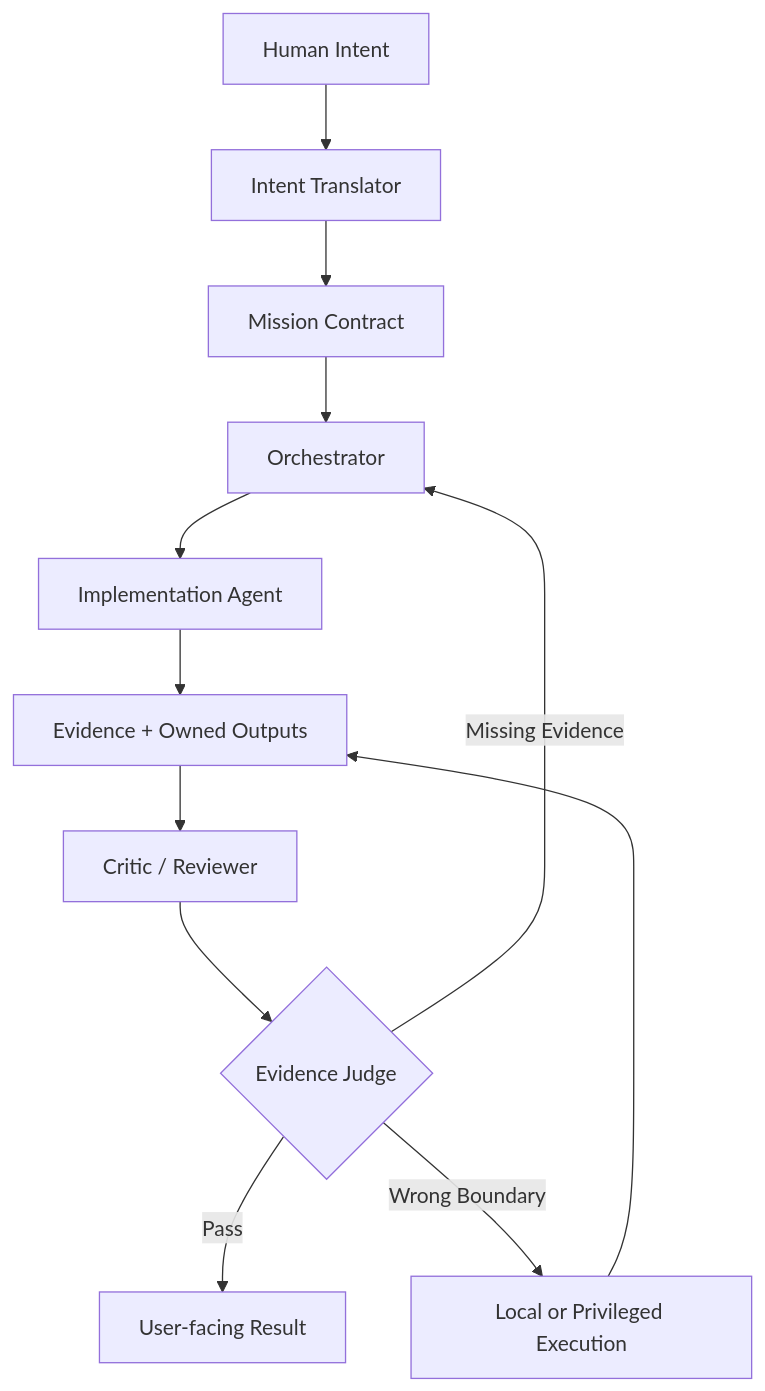
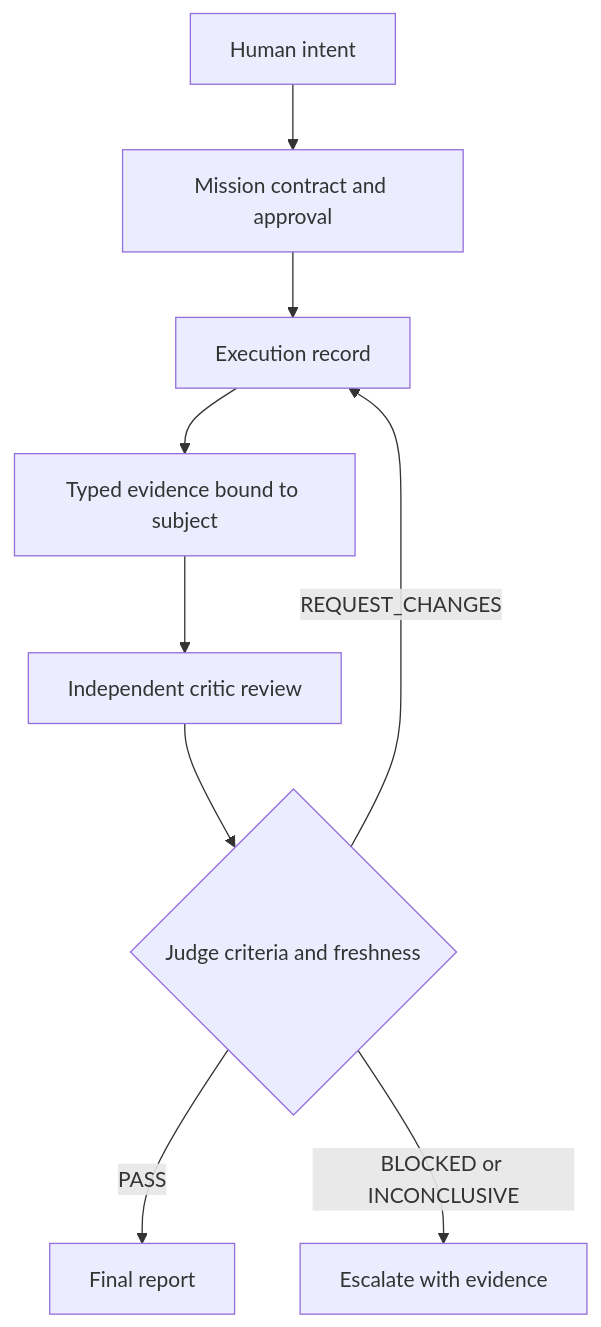
The diagram in diagrams/control-flow.mmd (KzeroM/evidence-gated-multi-agent-operations), drawn with Mermaid before and after one commit. The commit also changed 41 other files, not shown here.

```diff
--- a/diagrams/control-flow.mmd
+++ b/diagrams/control-flow.mmd
@@ -1,12 +1,9 @@
 flowchart TD
-    A[Human Intent] --> B[Intent Translator]
-    B --> C[Mission Contract]
-    C --> D[Orchestrator]
-    D --> E[Implementation Agent]
-    E --> F[Evidence + Owned Outputs]
-    F --> G[Critic / Reviewer]
-    G --> H{Evidence Judge}
-    H -->|Pass| I[User-facing Result]
-    H -->|Missing Evidence| D
-    H -->|Wrong Boundary| J[Local or Privileged Execution]
-    J --> F
+    A[Human intent] --> B[Mission contract and approval]
+    B --> C[Execution record]
+    C --> D[Typed evidence bound to subject]
+    D --> E[Independent critic review]
+    E --> F{Judge criteria and freshness}
+    F -->|PASS| G[Final report]
+    F -->|REQUEST_CHANGES| C
+    F -->|BLOCKED or INCONCLUSIVE| H[Escalate with evidence]
```
